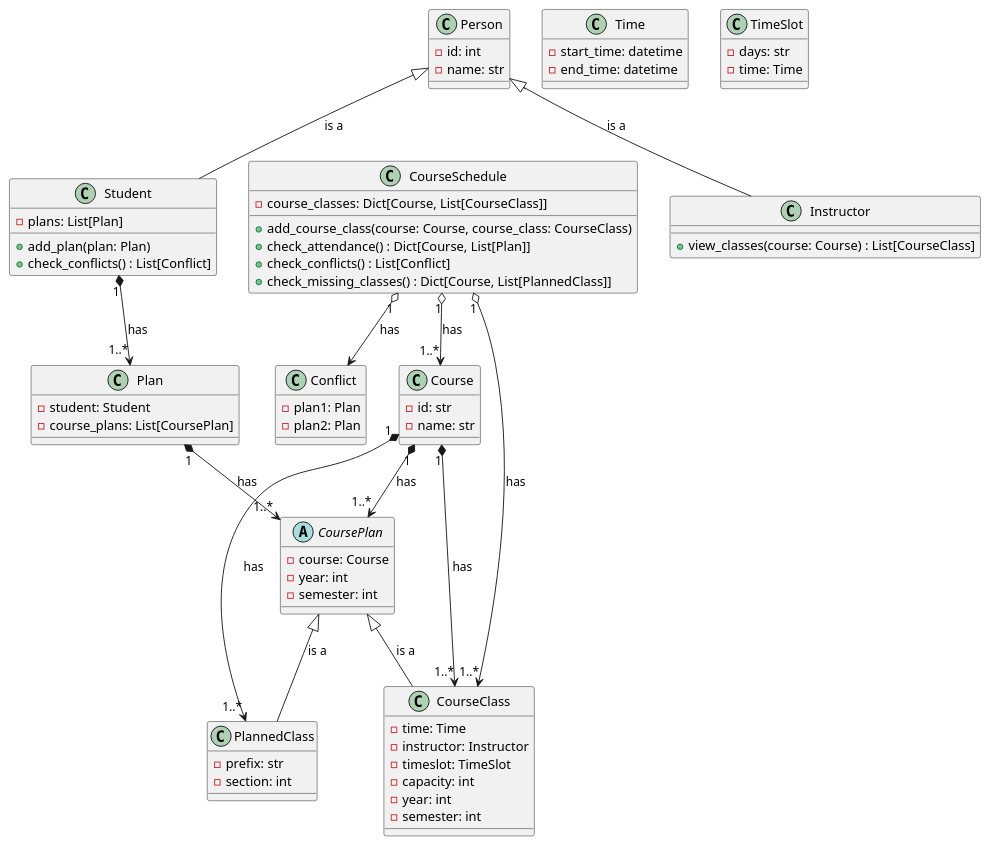
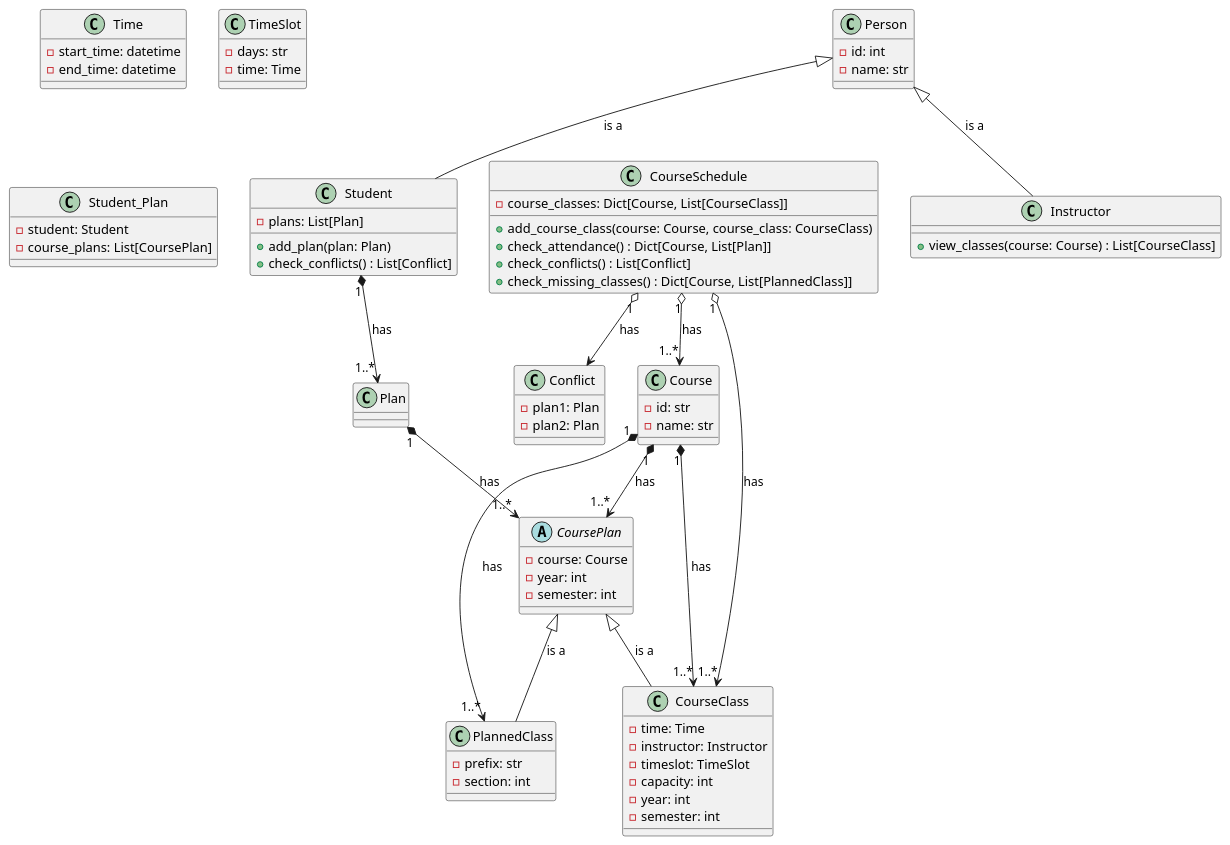
Before and after one commit to ladew222/studentcourseplanner: the diagram in uml.wsd, drawn with PlantUML. The commit also changed 3 other files, not shown here.

```diff
--- a/uml.wsd
+++ b/uml.wsd
@@ -1,88 +1,88 @@
 @startuml
 
 class Person {
     -id: int
     -name: str
 }
 
 class Student {
     -plans: List[Plan]
     +add_plan(plan: Plan)
     +check_conflicts() : List[Conflict]
 }
 
 class Instructor {
     +view_classes(course: Course) : List[CourseClass]
 }
 
 class Course {
     -id: str
     -name: str
 }
 
 abstract class CoursePlan {
     -course: Course
     -year: int
     -semester: int
 }
 
 class PlannedClass {
     -prefix: str
     -section: int
 }
 
 class CourseClass {
     -time: Time
     -instructor: Instructor
     -timeslot: TimeSlot
     -capacity: int
     -year: int
     -semester: int
 }
 
 class Time {
     -start_time: datetime
     -end_time: datetime
 }
 
 class TimeSlot {
     -days: str
     -time: Time
 }
 
-class Plan {
+class Student_Plan {
     -student: Student
     -course_plans: List[CoursePlan]
 }
 
 class CourseSchedule {
     -course_classes: Dict[Course, List[CourseClass]]
     +add_course_class(course: Course, course_class: CourseClass)
     +check_attendance() : Dict[Course, List[Plan]]
     +check_conflicts() : List[Conflict]
     +check_missing_classes() : Dict[Course, List[PlannedClass]]
 }
 
 class Conflict {
     -plan1: Plan
     -plan2: Plan
 }
 
 Person <|-- Student : is a
 Person <|-- Instructor : is a
 
 CoursePlan <|-- PlannedClass : is a
 CoursePlan <|-- CourseClass : is a
 
 Student "1" *--> "1..*" Plan : has
 Plan "1" *--> "1..*" CoursePlan : has
 
 Course "1" *--> "1..*" CoursePlan : has
 Course "1" *--> "1..*" PlannedClass : has
 Course "1" *--> "1..*" CourseClass : has
 
 CourseSchedule "1" o--> "1..*" Course : has
 CourseSchedule "1" o--> "1..*" CourseClass : has
 CourseSchedule "1" o--> Conflict : has
 
 @enduml
```
